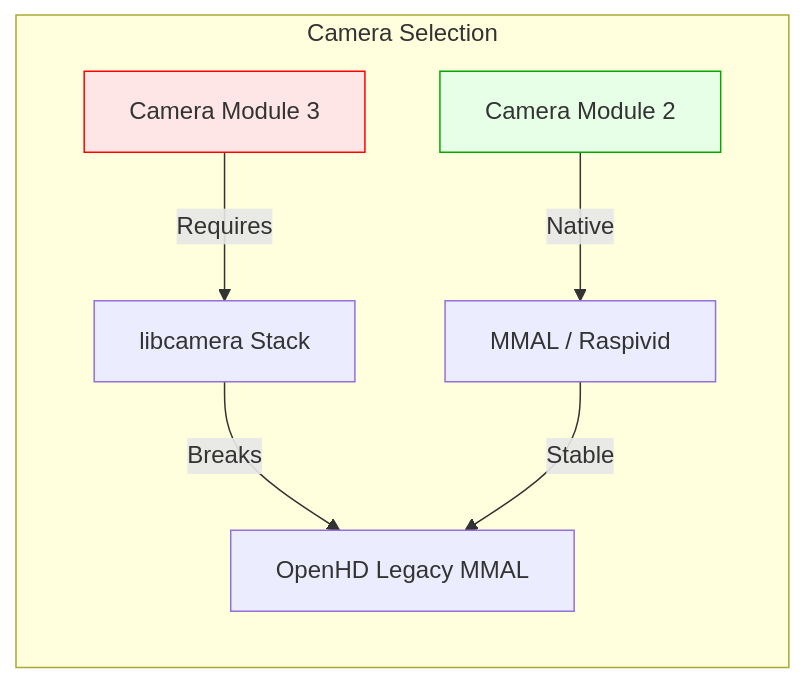
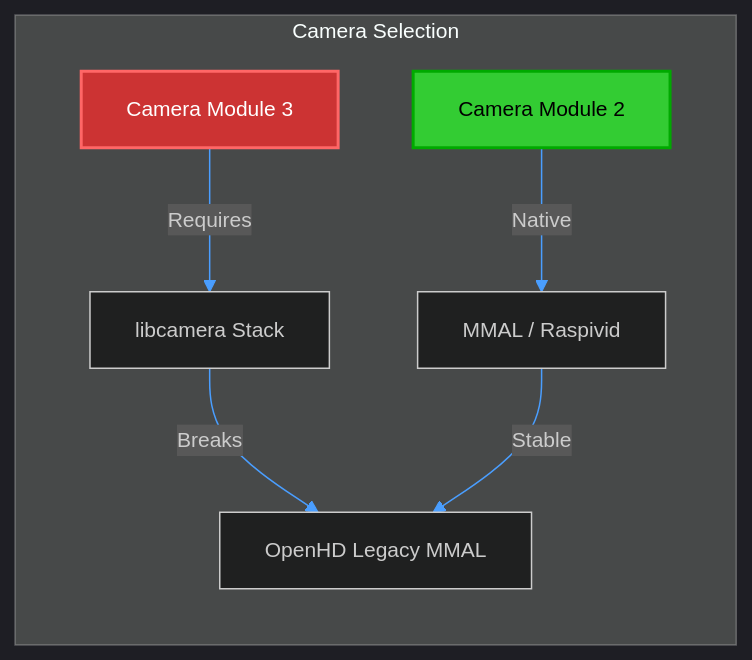
Before and after one commit to ironLegion88/Autonomous-UAV: the second of 3 diagrams in docs/Trade_Studies/04_Companion_Computer_AI.md, drawn with Mermaid. The commit also changed other lines of this file and 10 other files, not shown here.

Commit message:
docs: Improve Mermaid theming contrast

````diff
--- a/docs/Trade_Studies/04_Companion_Computer_AI.md
+++ b/docs/Trade_Studies/04_Companion_Computer_AI.md
@@ -63,13 +64,14 @@
 ```mermaid
+%%{init: {'theme': 'dark', 'themeVariables': {'fontSize': '14px', 'primaryColor': '#1e1e1e', 'primaryTextColor': '#ffffff', 'primaryBorderColor': '#4a9eff', 'lineColor': '#4a9eff'}, 'flowchart': {'useMaxWidth': true}}}%%
 flowchart LR
     subgraph Camera Selection
     Cam3[Camera Module 3] -->|Requires| LC[libcamera Stack]
     LC -->|Breaks| OHD[OpenHD Legacy MMAL]
     
     Cam2[Camera Module 2] -->|Native| MMAL[MMAL / Raspivid]
     MMAL -->|Stable| OHD
     end
     
-    style Cam3 fill:#ffe6e6,stroke:#ff0000
-    style Cam2 fill:#e6ffe6,stroke:#00aa00
+    style Cam3 fill:#cc3333,stroke:#ff6666,stroke-width:2px,color:#ffffff
+    style Cam2 fill:#33cc33,stroke:#00aa00,stroke-width:2px,color:#000000
 ```
````
